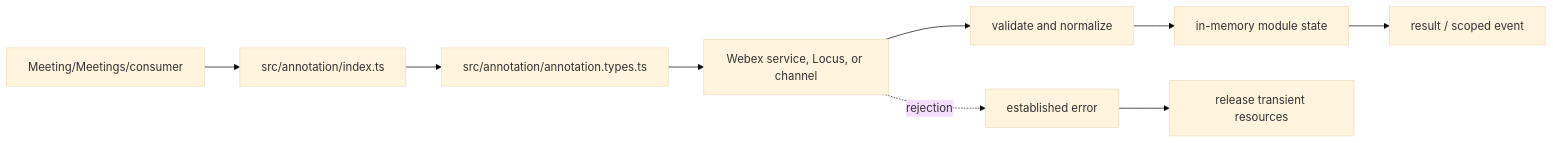
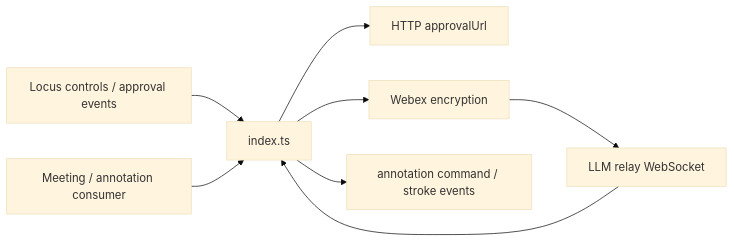
One commit to webex/webex-js-sdk changed the first of 5 diagrams in packages/@webex/plugin-meetings/src/annotation/ai-docs/annotation-spec.md. Above: the diagram before and after it, drawn with Mermaid (base theme). The commit also changed other lines of this file and 26 other files, not shown here.

````diff
--- a/packages/@webex/plugin-meetings/src/annotation/ai-docs/annotation-spec.md
+++ b/packages/@webex/plugin-meetings/src/annotation/ai-docs/annotation-spec.md
@@ -96,11 +98,10 @@
 ```mermaid
 flowchart LR
-  Caller[Meeting/Meetings/consumer] --> Entry[src/annotation/index.ts]
-  Entry --> Support[src/annotation/annotation.types.ts]
-  Support --> Boundary[Webex service, Locus, or channel]
-  Boundary --> Normalize[validate and normalize]
-  Normalize --> State[in-memory module state]
-  State --> Output[result / scoped event]
-  Boundary -. rejection .-> Error[established error]
-  Error --> Cleanup[release transient resources]
+  Locus[Locus controls / approval events] --> Controller[index.ts]
+  Caller[Meeting / annotation consumer] --> Controller
+  Controller --> Approval[HTTP approvalUrl]
+  Controller --> Crypto[Webex encryption]
+  Crypto --> LLM[LLM relay WebSocket]
+  LLM --> Controller
+  Controller --> Events[annotation command / stroke events]
 ```
````
